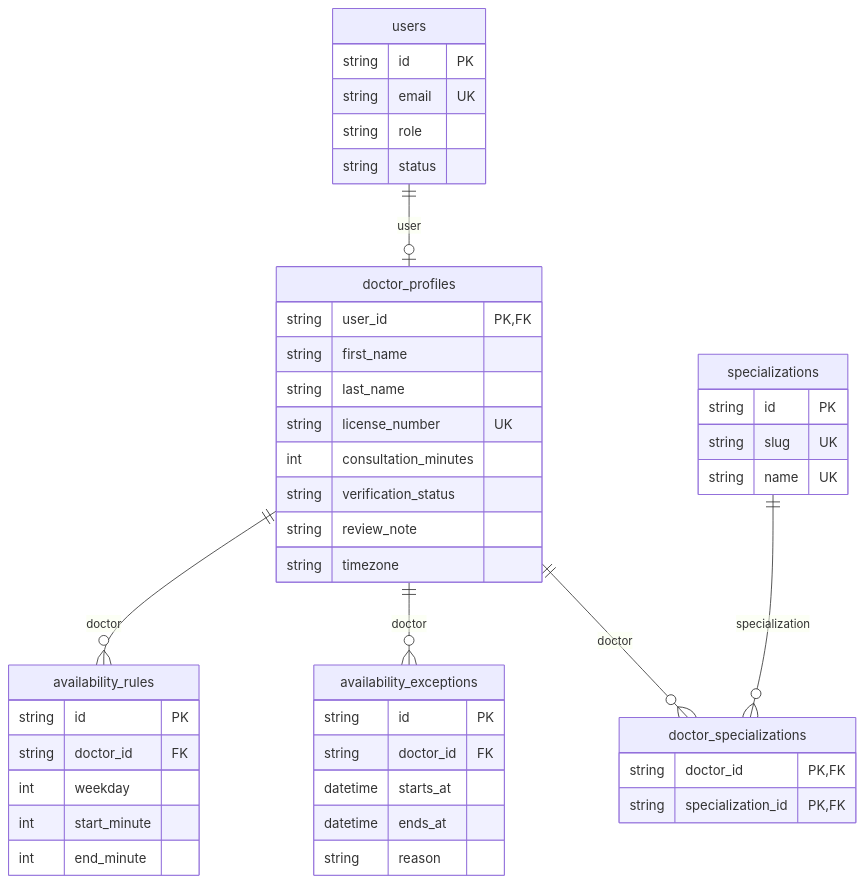
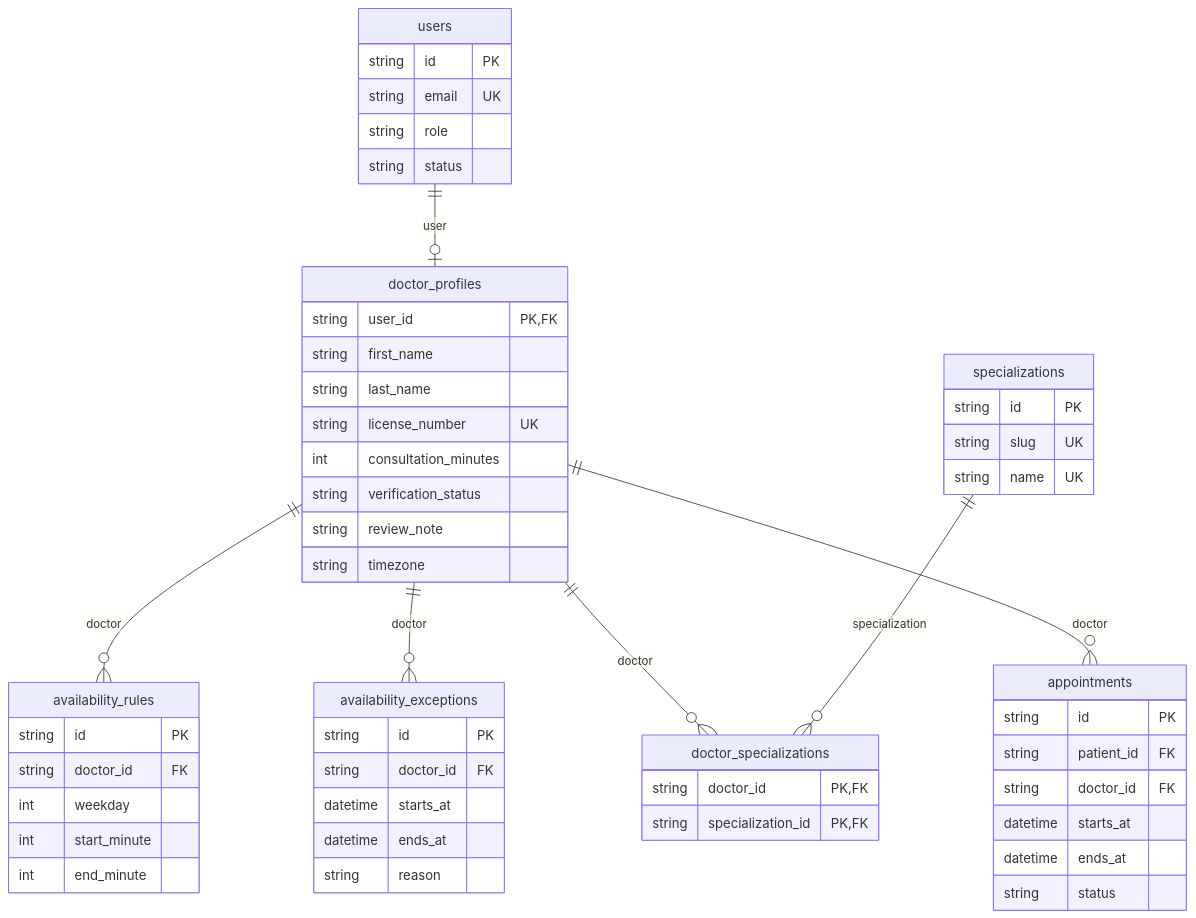
The second of 2 diagrams in docs/modules/doctor.md (alhexjustine/telehealth), drawn with Mermaid before and after one commit. The commit also changed other lines of this file and 75 other files, not shown here.

````diff
--- a/docs/modules/doctor.md
+++ b/docs/modules/doctor.md
@@ -52,47 +79,56 @@
 ```mermaid
 erDiagram
   users {
     string id PK
     string email UK
     string role
     string status
   }
   doctor_profiles {
     string user_id PK,FK
     string first_name
     string last_name
     string license_number UK
     int consultation_minutes
     string verification_status
     string review_note
     string timezone
   }
   availability_rules {
     string id PK
     string doctor_id FK
     int weekday
     int start_minute
     int end_minute
   }
   availability_exceptions {
     string id PK
     string doctor_id FK
     datetime starts_at
     datetime ends_at
     string reason
   }
   specializations {
     string id PK
     string slug UK
     string name UK
   }
   doctor_specializations {
     string doctor_id PK,FK
     string specialization_id PK,FK
   }
+  appointments {
+    string id PK
+    string patient_id FK
+    string doctor_id FK
+    datetime starts_at
+    datetime ends_at
+    string status
+  }
   users ||--o| doctor_profiles : "user"
   doctor_profiles ||--o{ availability_rules : "doctor"
   doctor_profiles ||--o{ availability_exceptions : "doctor"
   doctor_profiles ||--o{ doctor_specializations : "doctor"
   specializations ||--o{ doctor_specializations : "specialization"
+  doctor_profiles ||--o{ appointments : "doctor"
 ```
````
